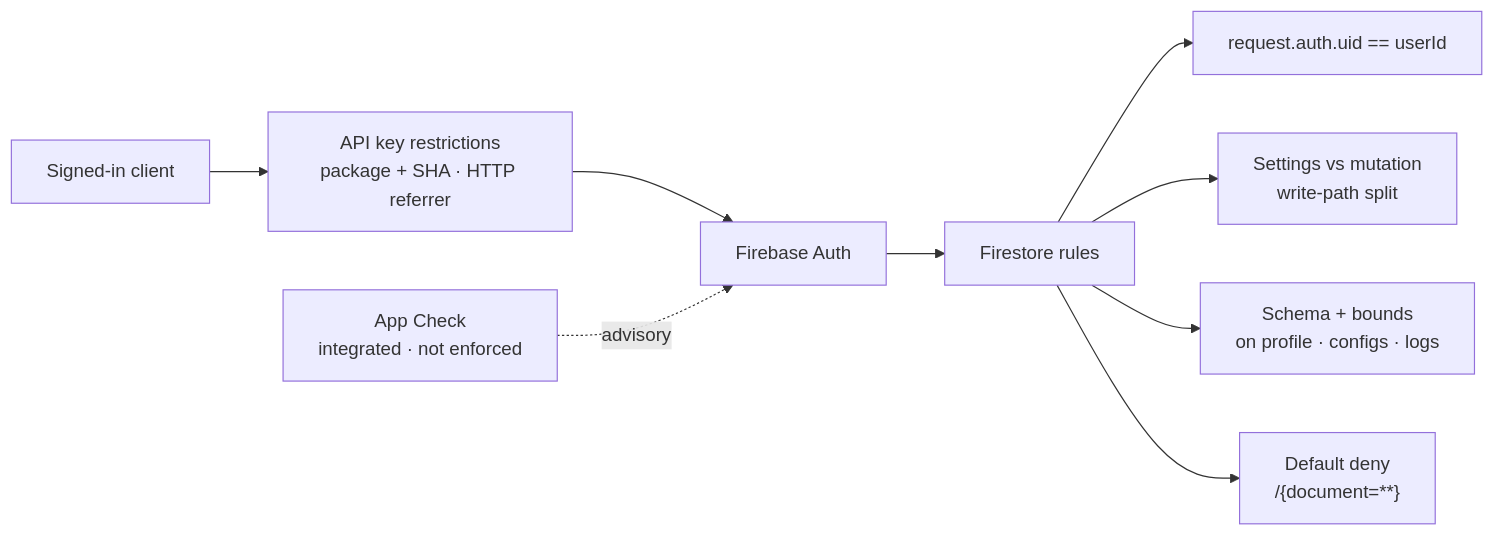
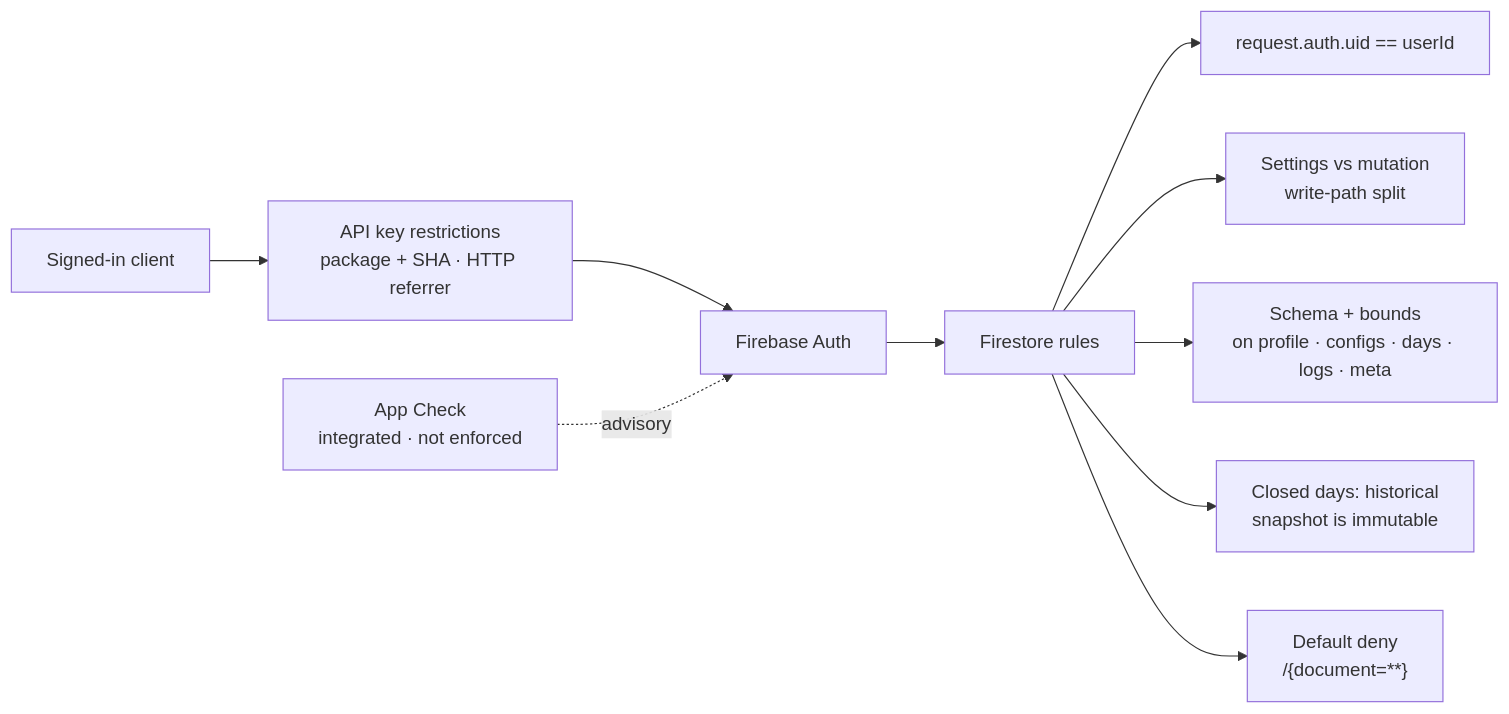
One commit to shareef01/tabakpp changed the second of 2 diagrams in README.md. Above: the diagram before and after it, drawn with Mermaid. The commit also changed other lines of this file and 3 other files, not shown here.

First line of the commit message:
docs: record the data-integrity hardening pass and new schema

````diff
--- a/README.md
+++ b/README.md
@@ -101,13 +146,14 @@
 ```mermaid
 flowchart LR
   Client["Signed-in client"] --> Key["API key restrictions<br/>package + SHA · HTTP referrer"]
   Key --> Auth["Firebase Auth"]
   Auth --> Rules["Firestore rules"]
 
   Rules --> Owner["request.auth.uid == userId"]
   Rules --> Split["Settings vs mutation<br/>write-path split"]
-  Rules --> Shape["Schema + bounds<br/>on profile · configs · logs"]
+  Rules --> Shape["Schema + bounds<br/>on profile · configs · days · logs · meta"]
+  Rules --> Frozen["Closed days: historical<br/>snapshot is immutable"]
   Rules --> Deny["Default deny<br/>/{document=**}"]
 
   AC["App Check<br/>integrated · not enforced"] -. advisory .-> Auth
 ```
````
